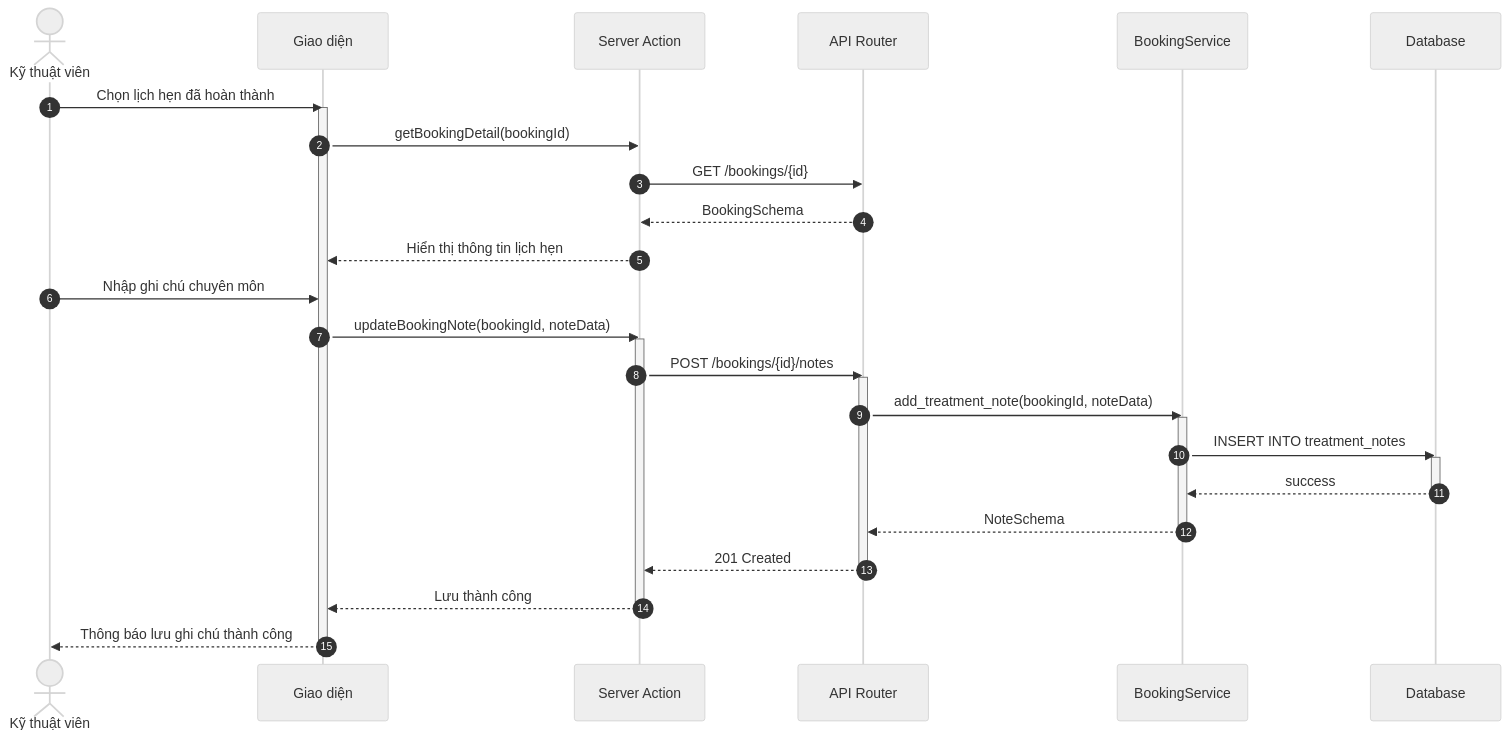
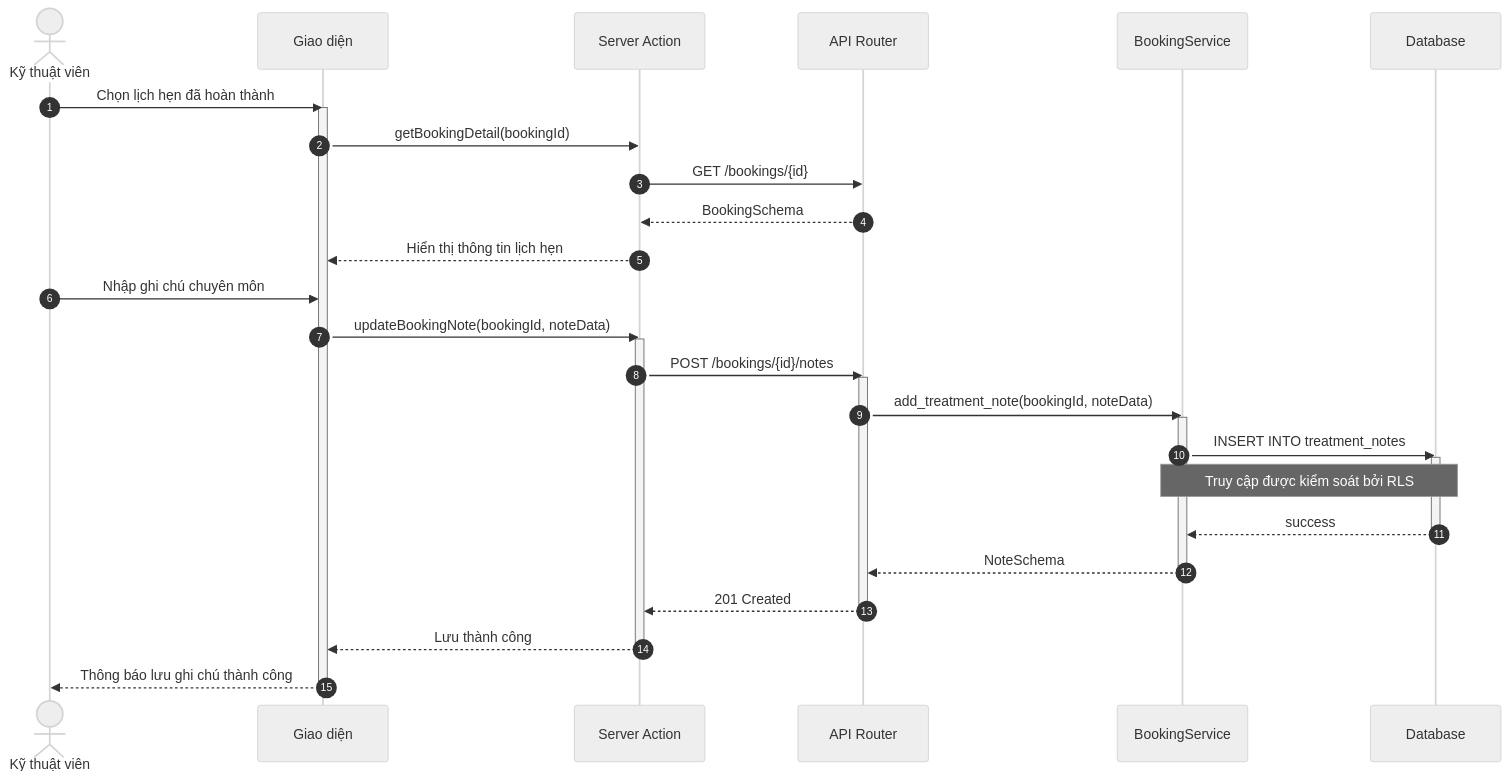
The second of 2 diagrams in docs/design/sequences/technician_flows.md (ngoctinn/Synapse), drawn with Mermaid (neutral theme) before and after one commit. The commit also changed 9 other files, not shown here.

Commit message:
docs: Add initial design documentation for customer, receptionist, technician, and authentication flows, along with antigravity feature plans.

````diff
--- a/docs/design/sequences/technician_flows.md
+++ b/docs/design/sequences/technician_flows.md
@@ -70,44 +70,45 @@
 ```mermaid
 sequenceDiagram
     autonumber
     actor KTV as Kỹ thuật viên
     participant UI as Giao diện
     participant BFF as Server Action
     participant API as API Router
     participant S as BookingService
     participant DB as Database
 
     KTV->>UI: Chọn lịch hẹn đã hoàn thành
     activate UI
     UI->>BFF: getBookingDetail(bookingId)
     BFF->>API: GET /bookings/{id}
     API-->>BFF: BookingSchema
     BFF-->>UI: Hiển thị thông tin lịch hẹn
 
     KTV->>UI: Nhập ghi chú chuyên môn
     UI->>BFF: updateBookingNote(bookingId, noteData)
     activate BFF
 
     BFF->>API: POST /bookings/{id}/notes
     activate API
 
     API->>S: add_treatment_note(bookingId, noteData)
     activate S
 
     S->>DB: INSERT INTO treatment_notes
     activate DB
+    Note over S,DB: Truy cập được kiểm soát bởi RLS
     DB-->>S: success
     deactivate DB
 
     S-->>API: NoteSchema
     deactivate S
 
     API-->>BFF: 201 Created
     deactivate API
 
     BFF-->>UI: Lưu thành công
     deactivate BFF
 
     UI-->>KTV: Thông báo lưu ghi chú thành công
     deactivate UI
 ```
````
